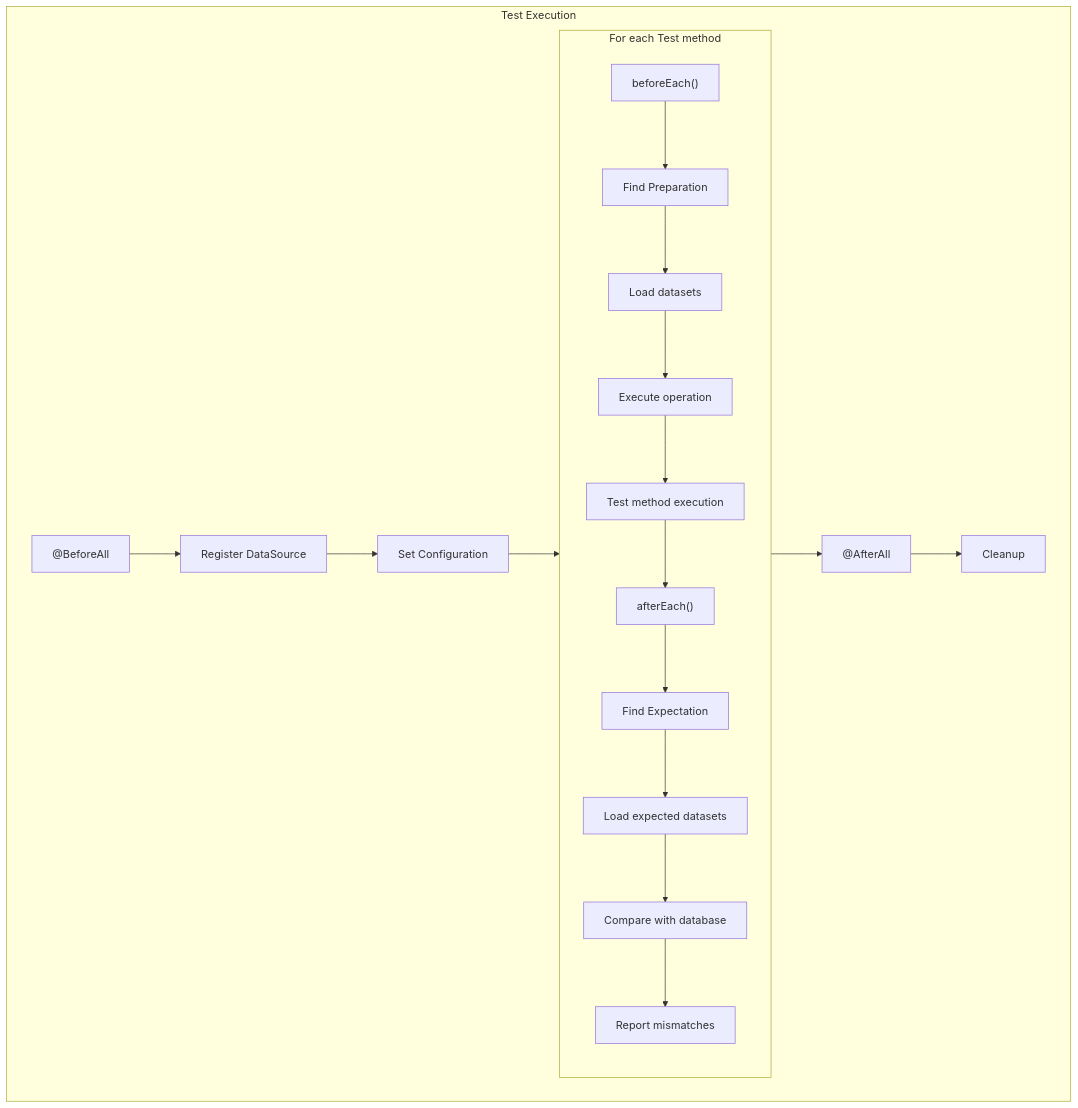
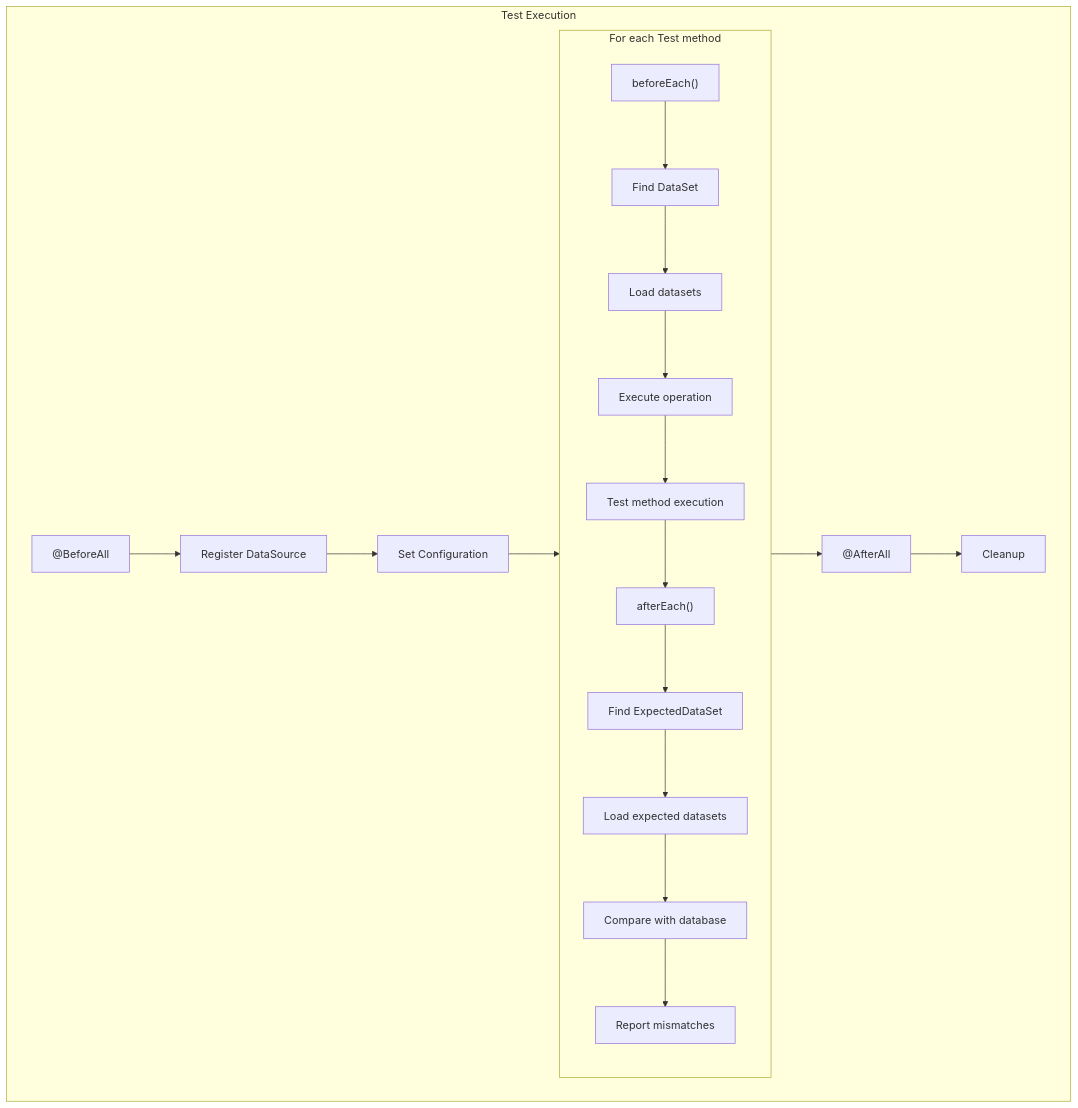
One commit to dkazi/db-tester changed the first of 3 diagrams in docs/specs/07-test-frameworks.md. Above: the diagram before and after it, drawn with Mermaid. The commit also changed other lines of this file and 198 other files, not shown here.

````diff
--- a/docs/specs/07-test-frameworks.md
+++ b/docs/specs/07-test-frameworks.md
@@ -497,25 +497,25 @@
 ```mermaid
 flowchart TD
     subgraph Test Execution
         BA["@BeforeAll"]
         BA --> BA1[Register DataSource]
         BA1 --> BA2[Set Configuration]
 
         subgraph each["For each Test method"]
             BE["beforeEach()"]
-            BE --> BE1["Find Preparation"]
+            BE --> BE1["Find DataSet"]
             BE1 --> BE2[Load datasets]
             BE2 --> BE3[Execute operation]
             BE3 --> TM[Test method execution]
             TM --> AE["afterEach()"]
-            AE --> AE1["Find Expectation"]
+            AE --> AE1["Find ExpectedDataSet"]
             AE1 --> AE2[Load expected datasets]
             AE2 --> AE3[Compare with database]
             AE3 --> AE4[Report mismatches]
         end
 
         BA2 --> each
         each --> AA["@AfterAll"]
         AA --> AA1[Cleanup]
     end
 ```
````
